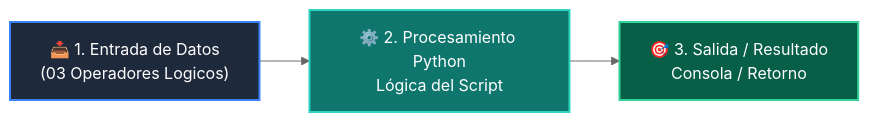
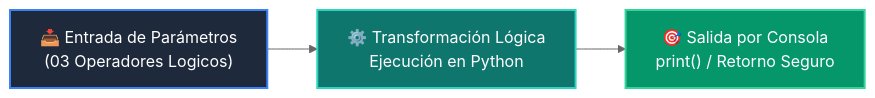
Before and after one commit to wisrovi/wisrovi-python: the diagram in 01-fundamentos-python/clase-03-control-flujo-condicionales/ejemplos/ejemplo_03_operadores_logicos/README.md, drawn with Mermaid (neutral theme). The commit also changed other lines of this file and 226 other files, not shown here.

Commit message:
docs: elevate all repository READMEs to world-class mastery standard with rich pedagogical architecture, custom Mermaids, and professional styling

````diff
--- a/01-fundamentos-python/clase-03-control-flujo-condicionales/ejemplos/ejemplo_03_operadores_logicos/README.md
+++ b/01-fundamentos-python/clase-03-control-flujo-condicionales/ejemplos/ejemplo_03_operadores_logicos/README.md
@@ -12,9 +19,9 @@
 ```mermaid
 flowchart LR
-    A["📥 1. Entrada de Datos<br/>(03 Operadores Logicos)"] --> B["⚙️ 2. Procesamiento Python<br/>Lógica del Script"]
-    B --> C["🎯 3. Salida / Resultado<br/>Consola / Retorno"]
+    A["📥 Entrada de Parámetros<br/>(03 Operadores Logicos)"] --> B["⚙️ Transformación Lógica<br/>Ejecución en Python"]
+    B --> C["🎯 Salida por Consola<br/>print() / Retorno Seguro"]
 
-    style A fill:#1e293b,color:#fff,stroke:#3b82f6,stroke-width:2px
-    style B fill:#0f766e,color:#fff,stroke:#2dd4bf,stroke-width:2px
-    style C fill:#065f46,color:#fff,stroke:#34d399,stroke-width:2px
+    style A fill:#1e293b,color:#ffffff,stroke:#3b82f6,stroke-width:2px
+    style B fill:#0f766e,color:#ffffff,stroke:#2dd4bf,stroke-width:2px
+    style C fill:#059669,color:#ffffff,stroke:#34d399,stroke-width:2px
 ```
````
